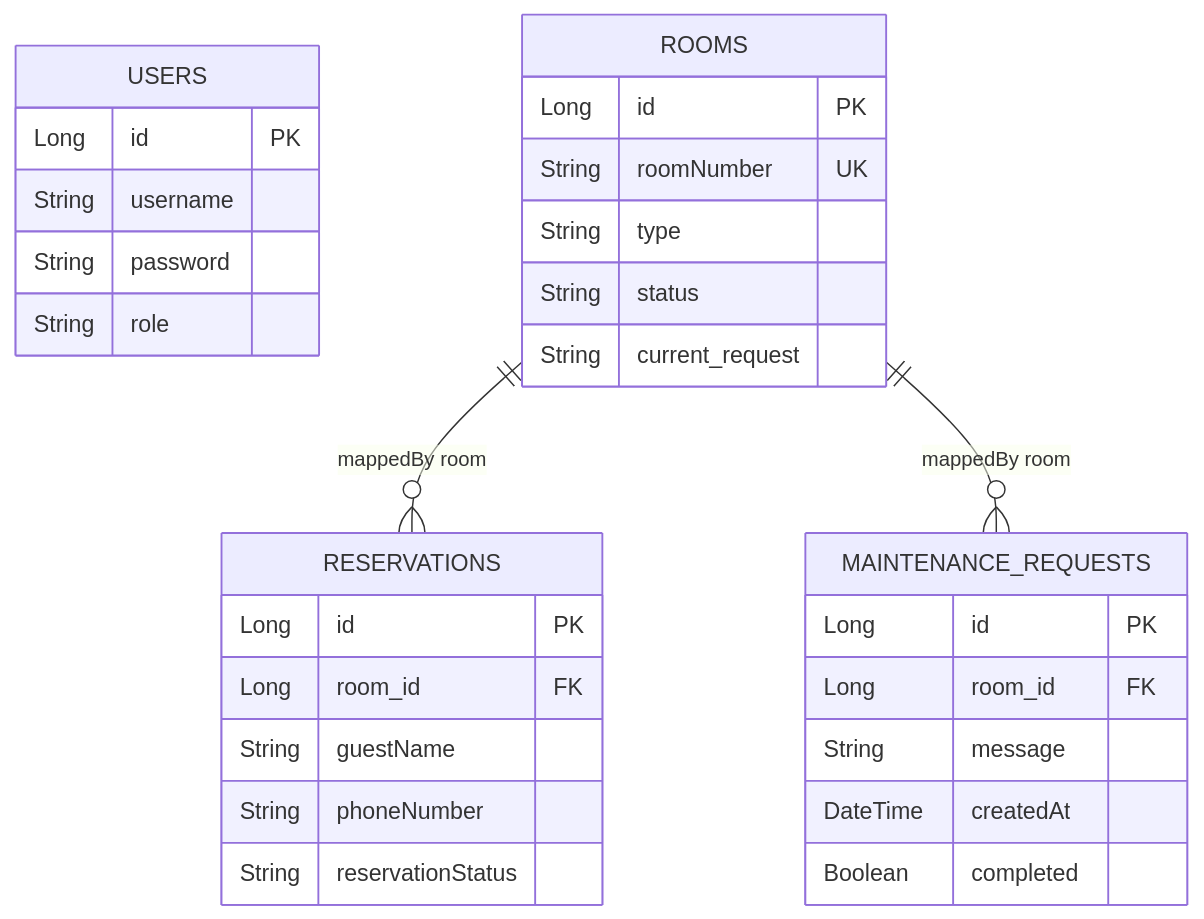
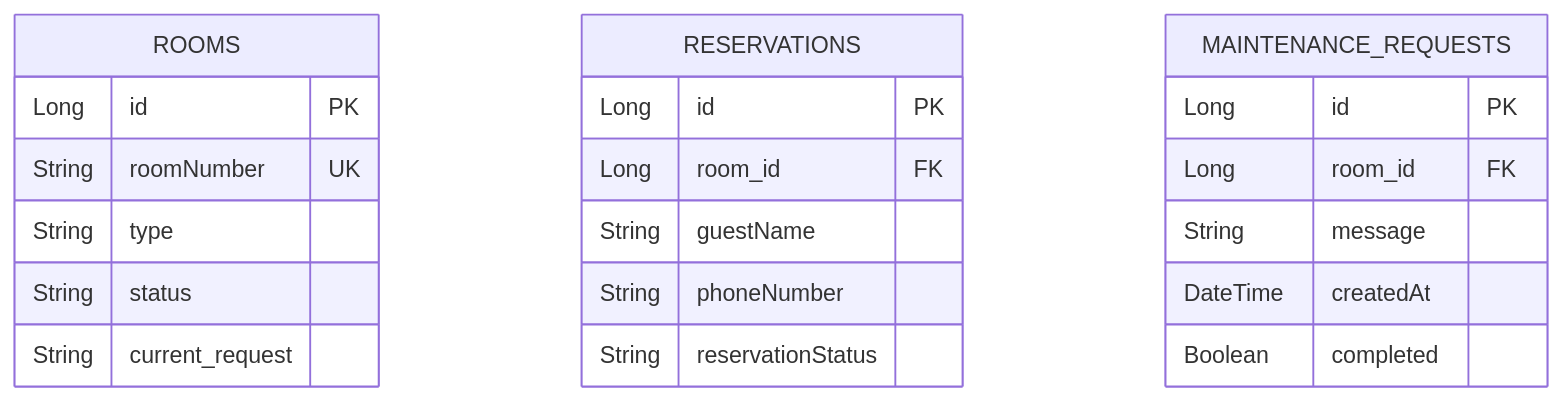
One commit to Minkaln/RMA changed the diagram in README.md. Above: the diagram before and after it, drawn with Mermaid. The commit also changed other lines of this file, not shown here.

````diff
--- a/README.md
+++ b/README.md
@@ -63,35 +62,27 @@
 ```mermaid
 erDiagram
-    USERS {
-        Long id PK
-        String username
-        String password
-        String role
-    }
-    ROOMS ||--o{ RESERVATIONS : "mappedBy room"
-    ROOMS ||--o{ MAINTENANCE_REQUESTS : "mappedBy room"
 
     ROOMS {
         Long id PK
         String roomNumber UK
         String type
         String status
         String current_request
     }
 
     RESERVATIONS {
         Long id PK
         Long room_id FK
         String guestName
         String phoneNumber
         String reservationStatus
     }
 
     MAINTENANCE_REQUESTS {
         Long id PK
         Long room_id FK
         String message
         DateTime createdAt
         Boolean completed
     }
 ```
````
